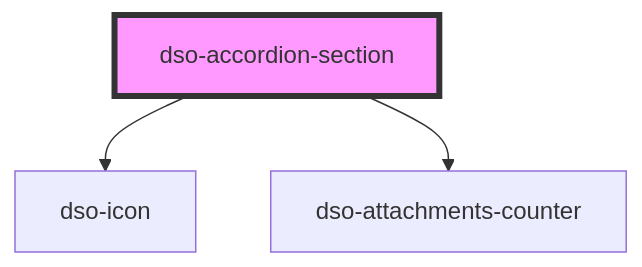
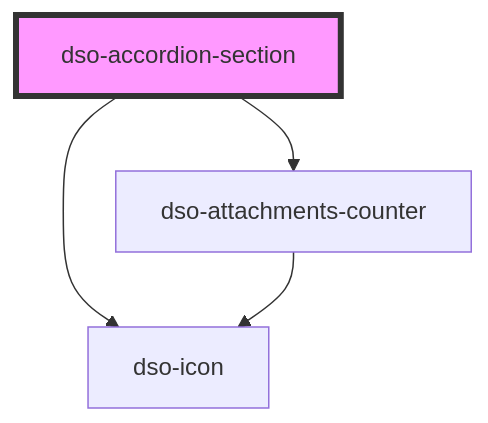
The diagram in packages/core/src/components/accordion/components/readme.md (dso-toolkit/dso-toolkit), drawn with Mermaid before and after one commit. The commit also changed 3 other files, not shown here.

````diff
--- a/packages/core/src/components/accordion/components/readme.md
+++ b/packages/core/src/components/accordion/components/readme.md
@@ -43,6 +43,7 @@
 ```mermaid
 graph TD;
   dso-accordion-section --> dso-icon
   dso-accordion-section --> dso-attachments-counter
+  dso-attachments-counter --> dso-icon
   style dso-accordion-section fill:#f9f,stroke:#333,stroke-width:4px
 ```
````
